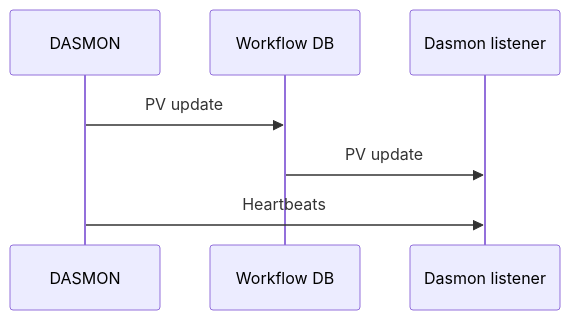
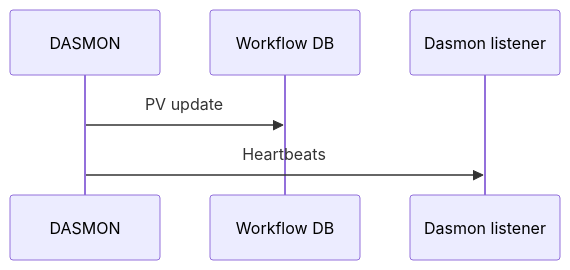
One commit to neutrons/data_workflow changed the fourth of 9 diagrams in docs/developer/design/communication_flows.rst. Above: the diagram before and after it, drawn with Mermaid. The commit also changed other lines of this file and 1 other file, not shown here.

Commit message:
add high-level architecture diagram

```diff
--- a/docs/developer/design/communication_flows.rst
+++ b/docs/developer/design/communication_flows.rst
@@ -101,9 +105,8 @@
 .. mermaid::
 
     sequenceDiagram
         participant DASMON
         participant Workflow DB
         participant Dasmon listener
         DASMON->>Workflow DB: PV update
-        Workflow DB->>Dasmon listener: PV update
         DASMON->>Dasmon listener: Heartbeats
```
